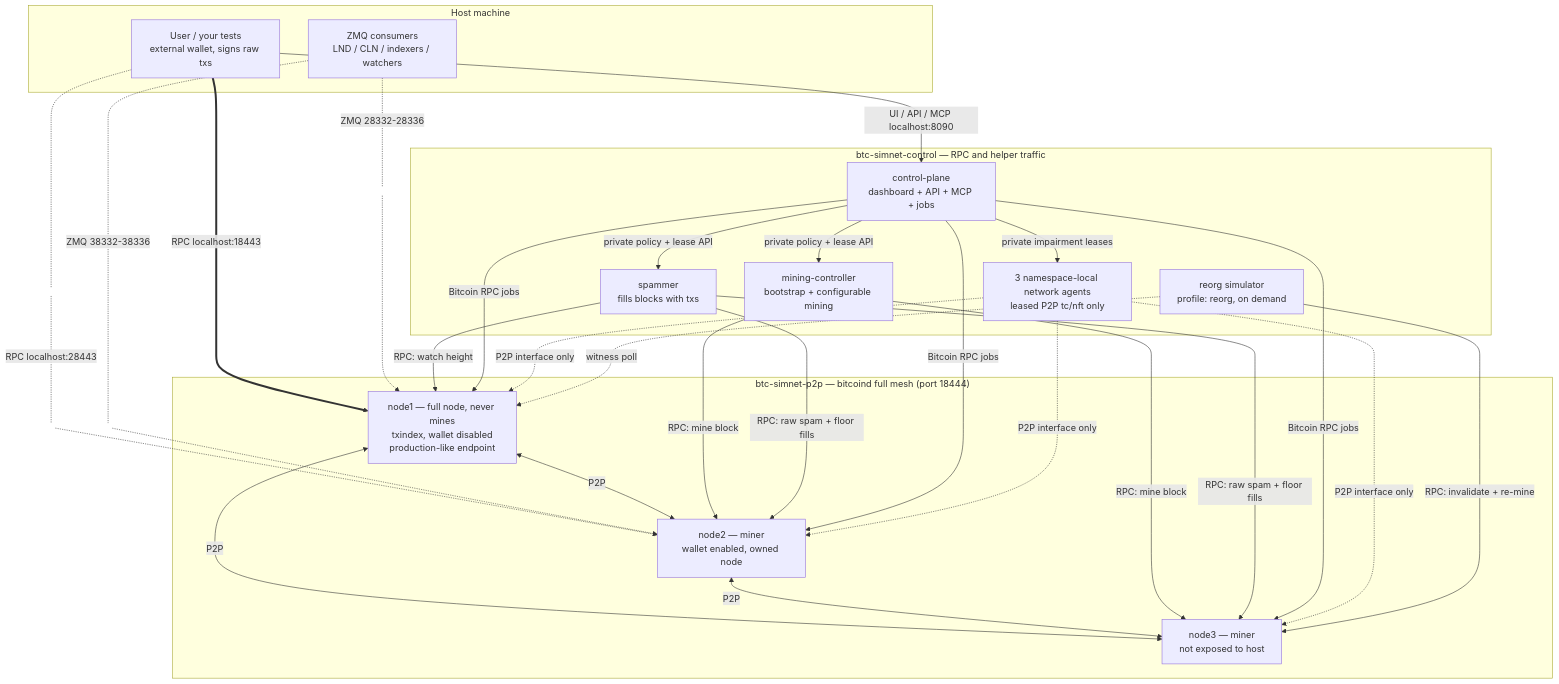
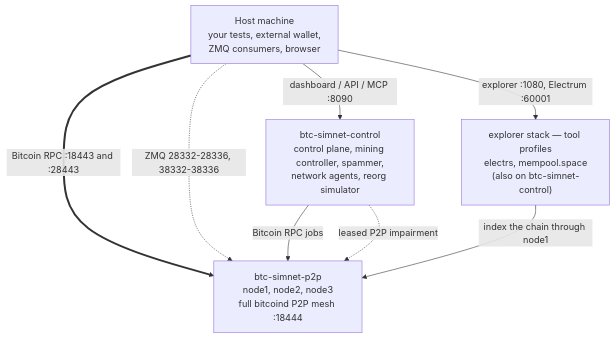
Before and after one commit to danielemiliogarcia/simchain: the diagram in README.md, drawn with Mermaid. The commit also changed other lines of this file and 19 other files, not shown here.

````diff
--- a/README.md
+++ b/README.md
@@ -139,63 +129,17 @@
 ```mermaid
 flowchart TB
-    subgraph host["Host machine"]
-        user["User / your tests<br/>external wallet, signs raw txs"]
-        zmqc["ZMQ consumers<br/>LND / CLN / indexers / watchers"]
-    end
+    host["Host machine<br/>your tests, external wallet,<br/>ZMQ consumers, browser"]
 
-    subgraph mesh["btc-simnet-p2p — bitcoind full mesh (port 18444)"]
-        n1["node1 — full node, never mines<br/>txindex, wallet disabled<br/>production-like endpoint"]
-        n2["node2 — miner<br/>wallet enabled, owned node"]
-        n3["node3 — miner<br/>not exposed to host"]
-    end
+    mesh["btc-simnet-p2p<br/>node1, node2, node3<br/>full bitcoind P2P mesh :18444"]
+    control["btc-simnet-control<br/>control plane, mining controller, spammer,<br/>network agents, reorg simulator"]
+    tools["explorer stack — tool profiles<br/>electrs, mempool.space<br/>(also on btc-simnet-control)"]
 
-    subgraph control["btc-simnet-control — RPC and helper traffic"]
-        cp["control-plane<br/>dashboard + API + MCP + jobs"]
-        mc["mining-controller<br/>bootstrap + configurable mining"]
-        sp["spammer<br/>fills blocks with txs"]
-        na["3 namespace-local network agents<br/>leased P2P tc/nft only"]
-        rg["reorg simulator<br/>profile: reorg, on demand"]
-    end
+    host ==>|"Bitcoin RPC :18443 and :28443"| mesh
+    host -.->|"ZMQ 28332-28336, 38332-38336"| mesh
+    host -->|"dashboard / API / MCP :8090"| control
+    host -->|"explorer :1080, Electrum :60001"| tools
 
-    %% Invisible waypoints pull the host arrows apart so each port label
-    %% sits near the host boxes in open space instead of tangling with the
-    %% other arrows.
-    zmq1(( )):::waypoint
-    rpc2a(( )):::waypoint
-    rpc2(( )):::waypoint
-    zmq2(( )):::waypoint
-
-    user ==>|"RPC localhost:18443"| n1
-    user -->|"UI / API / MCP localhost:8090"| cp
-    zmqc -.-|"ZMQ 28332-28336"| zmq1
-    zmq1 -.-> n1
-
-    user -.- rpc2a
-    rpc2a -.-|"RPC localhost:28443"| rpc2
-    rpc2 -.-> n2
-    zmqc -.-|"ZMQ 38332-38336"| zmq2
-    zmq2 -.-> n2
-
-    n1 <-->|P2P| n2
-    n1 <-->|P2P| n3
-    n2 <-->|P2P| n3
-
-    mc -->|"RPC: mine block"| n2
-    mc -->|"RPC: mine block"| n3
-    sp -->|"RPC: watch height"| n1
-    sp -->|"RPC: raw spam + floor fills"| n2
-    sp -->|"RPC: raw spam + floor fills"| n3
-    cp -->|"private policy + lease API"| mc
-    cp -->|"private policy + lease API"| sp
-    cp -->|"Bitcoin RPC jobs"| n1
-    cp -->|"Bitcoin RPC jobs"| n2
-    cp -->|"Bitcoin RPC jobs"| n3
-    cp -->|"private impairment leases"| na
-    na -.->|"P2P interface only"| n1
-    na -.->|"P2P interface only"| n2
-    na -.->|"P2P interface only"| n3
-    rg -->|"RPC: invalidate + re-mine"| n3
-    rg -.->|"witness poll"| n1
-
-    classDef waypoint width:0px,height:0px,fill:none,stroke:none
+    control -->|"Bitcoin RPC jobs"| mesh
+    control -.->|"leased P2P impairment"| mesh
+    tools -->|"index the chain through node1"| mesh
 ```
````
